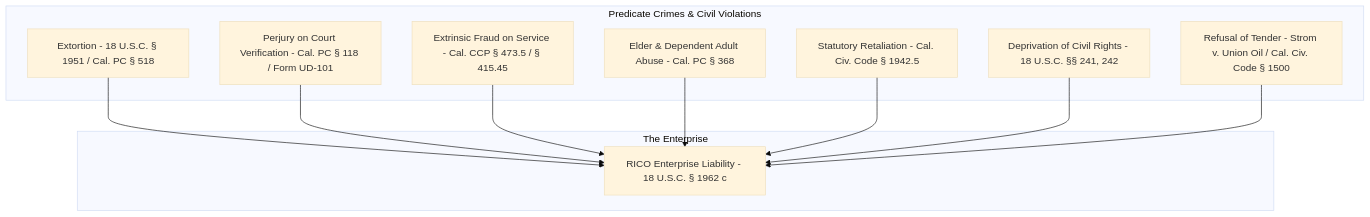
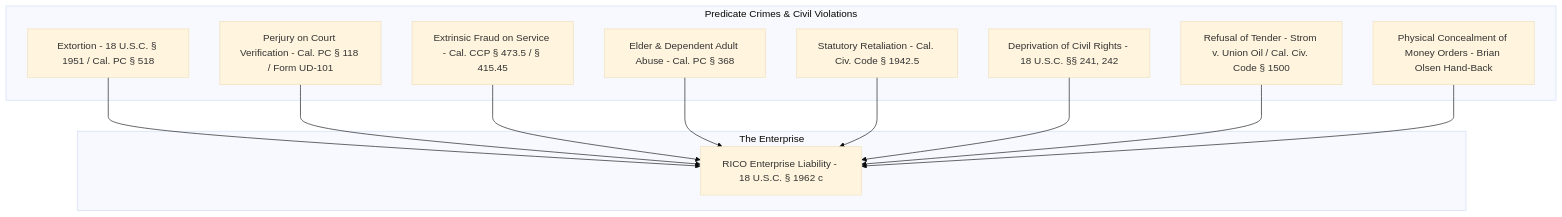
One commit to Tonypost949/OsintNeoAi changed the diagram in evidence/OFFICIAL_WOODBRIDGE_EVICTION_EXTORTION_DOSSIER.md. Above: the diagram before and after it, drawn with Mermaid (base theme). The commit also changed other lines of this file and 2 other files, not shown here.

Commit message:
Add Brian Olsen physical on-scene return of three months of  money orders (,500 total) and Strom v. Union Oil unlawful refusal of tender doctrine

````diff
--- a/evidence/OFFICIAL_WOODBRIDGE_EVICTION_EXTORTION_DOSSIER.md
+++ b/evidence/OFFICIAL_WOODBRIDGE_EVICTION_EXTORTION_DOSSIER.md
@@ -227,24 +229,26 @@
 ```mermaid
 graph TD
     subgraph Predicate Crimes & Civil Violations
         EXT[Extortion - 18 U.S.C. § 1951 / Cal. PC § 518]
         PERJ[Perjury on Court Verification - Cal. PC § 118 / Form UD-101]
         FRAUD[Extrinsic Fraud on Service - Cal. CCP § 473.5 / § 415.45]
         ABUSE[Elder & Dependent Adult Abuse - Cal. PC § 368]
         RETAL[Statutory Retaliation - Cal. Civ. Code § 1942.5]
         CIVIL[Deprivation of Civil Rights - 18 U.S.C. §§ 241, 242]
         TENDER[Refusal of Tender - Strom v. Union Oil / Cal. Civ. Code § 1500]
+        CONCEAL[Physical Concealment of Money Orders - Brian Olsen Hand-Back]
     end
 
     subgraph The Enterprise
         RICO[RICO Enterprise Liability - 18 U.S.C. § 1962 c]
     end
 
     EXT --> RICO
     PERJ --> RICO
     FRAUD --> RICO
     ABUSE --> RICO
     RETAL --> RICO
     CIVIL --> RICO
     TENDER --> RICO
+    CONCEAL --> RICO
 ```
````
